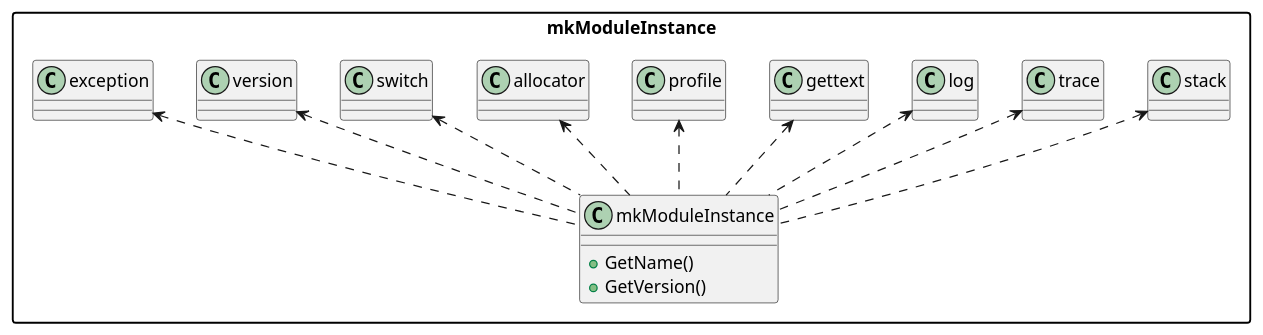
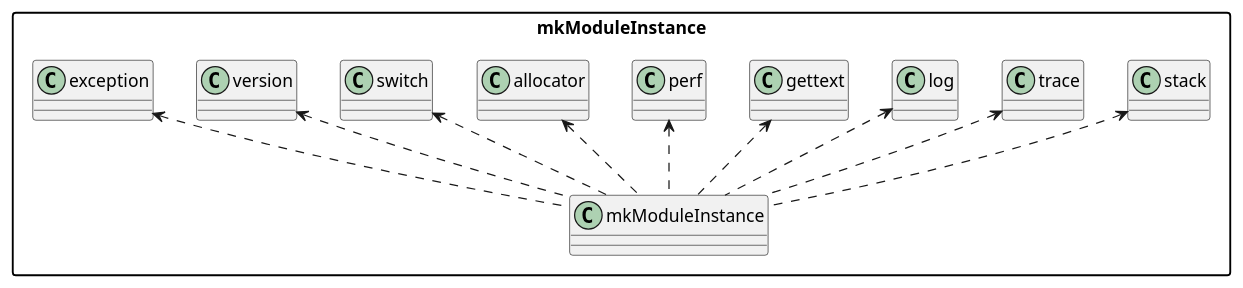
Before and after one commit to unihykes/mark: the first of 2 diagrams in markcore/readme.md, drawn with PlantUML. The commit also changed other lines of this file and 16 other files, not shown here.

````diff
--- a/markcore/readme.md
+++ b/markcore/readme.md
@@ -4,32 +4,30 @@
 ```plantuml
 
 skinparam packageStyle rect
 
 package mkModuleInstance{
     
     class stack
     class trace
     class log
     class gettext
-    class profile
+    class perf
     class allocator
     class switch
     class version
     class exception
     
     class mkModuleInstance {
-        +GetName()
-        +GetVersion()
     }
     gettext <.. mkModuleInstance
     stack <.. mkModuleInstance
     trace <.. mkModuleInstance
     log <.. mkModuleInstance
-    profile <.. mkModuleInstance
+    perf <.. mkModuleInstance
     allocator <.. mkModuleInstance
     switch <.. mkModuleInstance
     version <.. mkModuleInstance
     exception <.. mkModuleInstance
 }
 
 ```
````
